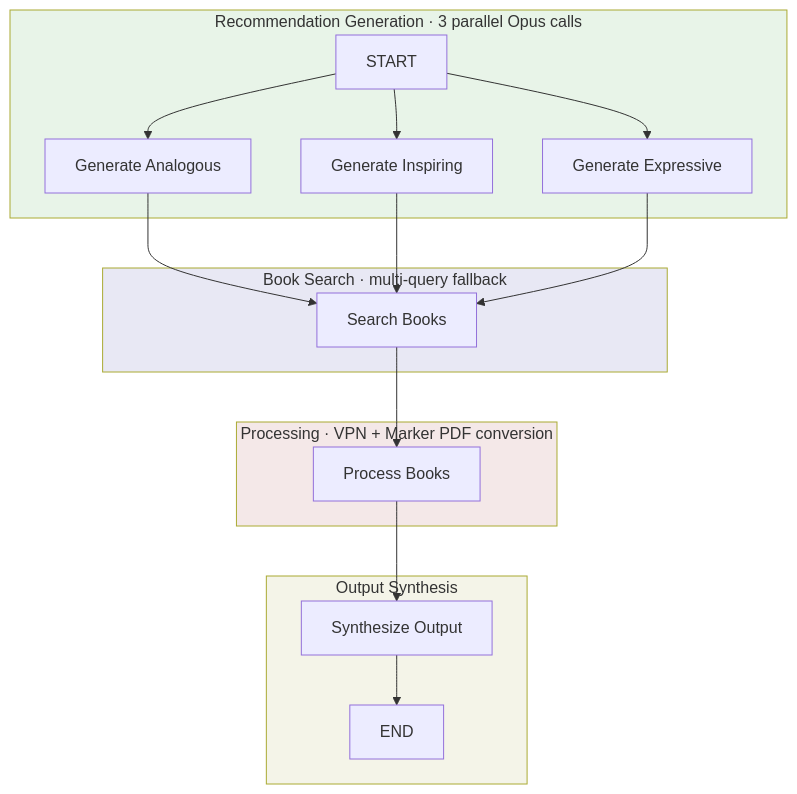
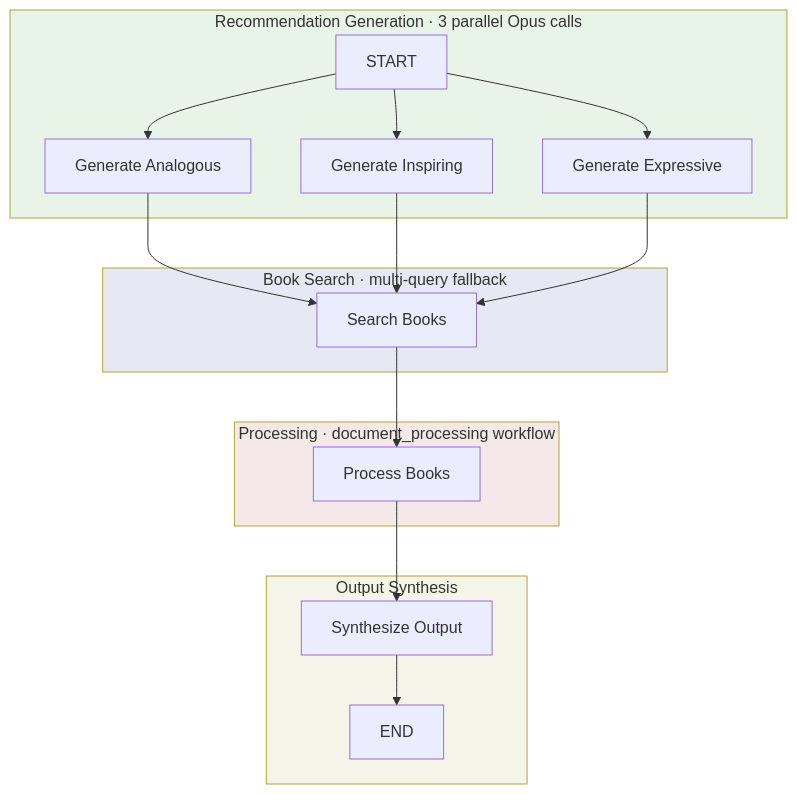
One commit to DaveCBeck/thala changed the diagram in workflows/research/book_finding/README.md. Above: the diagram before and after it, drawn with Mermaid. The commit also changed other lines of this file and 23 other files, not shown here.

````diff
--- a/workflows/research/book_finding/README.md
+++ b/workflows/research/book_finding/README.md
@@ -50,26 +50,26 @@
 ```mermaid
 flowchart TD
     subgraph parallel ["Recommendation Generation · 3 parallel Opus calls"]
         A[START] --> B1[Generate Analogous]
         A --> B2[Generate Inspiring]
         A --> B3[Generate Expressive]
     end
 
     subgraph search ["Book Search · multi-query fallback"]
         B1 & B2 & B3 --> C[Search Books]
     end
 
-    subgraph process ["Processing · VPN + Marker PDF conversion"]
+    subgraph process ["Processing · document_processing workflow"]
         C --> D[Process Books]
     end
 
     subgraph synthesize ["Output Synthesis"]
         D --> E[Synthesize Output]
         E --> F[END]
     end
 
     style parallel fill:#e8f4e8
     style search fill:#e8e8f4
     style process fill:#f4e8e8
     style synthesize fill:#f4f4e8
 ```
````
